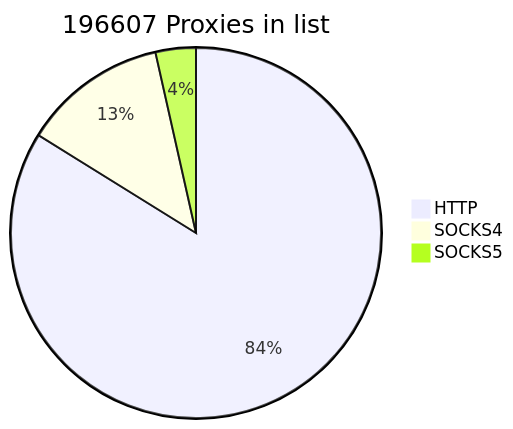
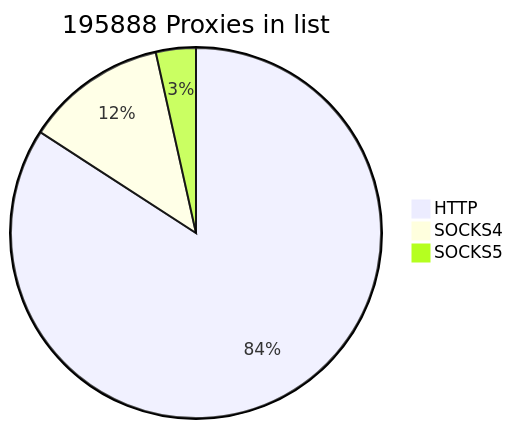
Before and after one commit to cutipu/proxylist: the first of 2 diagrams in README.md, drawn with Mermaid. The commit also changed other lines of this file, not shown here.

````diff
--- a/README.md
+++ b/README.md
@@ -2,7 +2,7 @@
 ```mermaid
-pie title 196607 Proxies in list
+pie title 195888 Proxies in list
     "HTTP" : 164836
-    "SOCKS4" : 24856
-    "SOCKS5" : 6915
+    "SOCKS4" : 24218
+    "SOCKS5" : 6834
             
 ```
````
